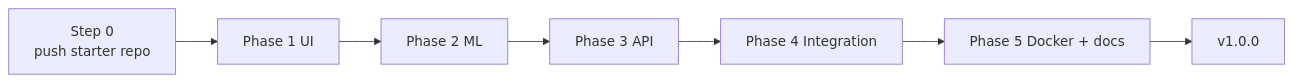
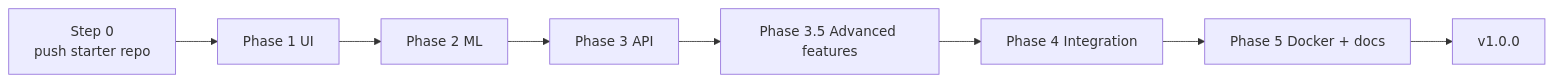
The second of 2 diagrams in README.md (Omdixit11/AI-Based-Fake-Product-Review-Detection), drawn with Mermaid before and after one commit. The commit also changed other lines of this file and 6 other files, not shown here.

````diff
--- a/README.md
+++ b/README.md
@@ -63,4 +67,4 @@
 ```mermaid
 flowchart LR
-    S[Step 0<br/>push starter repo] --> P1[Phase 1 UI] --> P2[Phase 2 ML] --> P3[Phase 3 API] --> P4[Phase 4 Integration] --> P5[Phase 5 Docker + docs] --> V[v1.0.0]
+    S[Step 0<br/>push starter repo] --> P1[Phase 1 UI] --> P2[Phase 2 ML] --> P3[Phase 3 API] --> P35[Phase 3.5 Advanced features] --> P4[Phase 4 Integration] --> P5[Phase 5 Docker + docs] --> V[v1.0.0]
 ```
````
